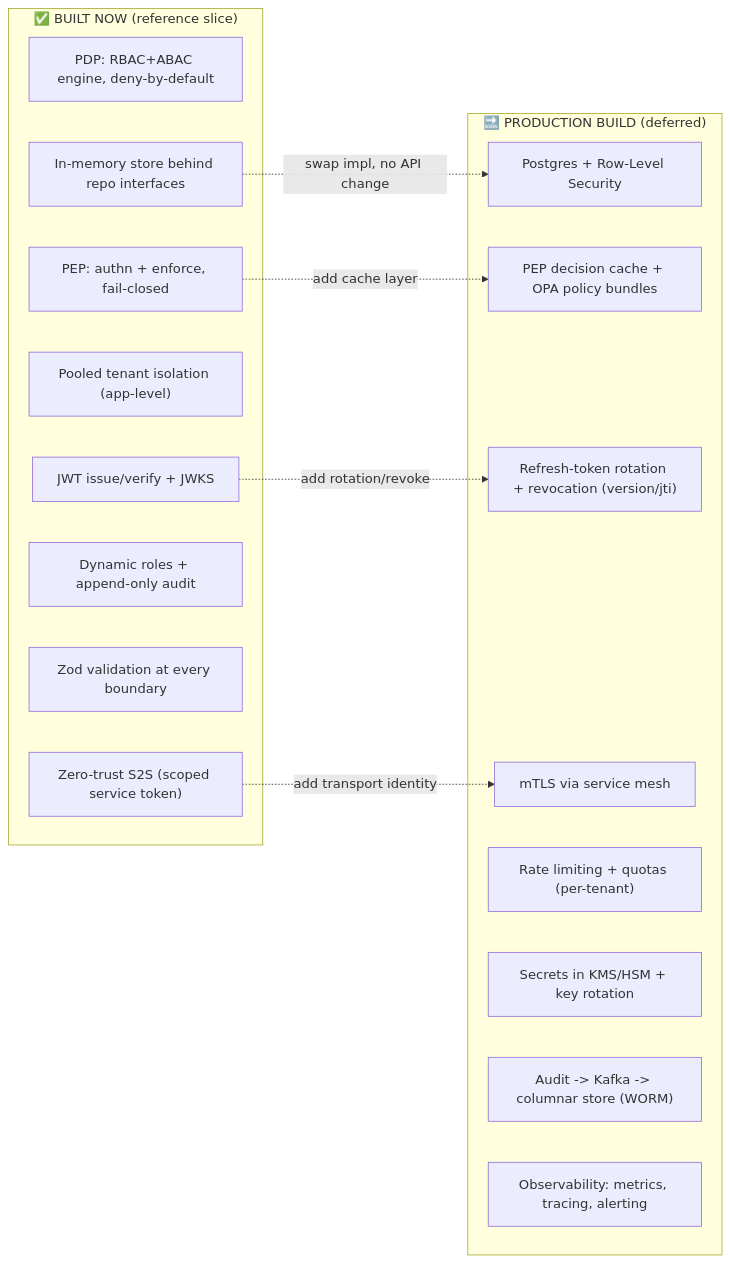
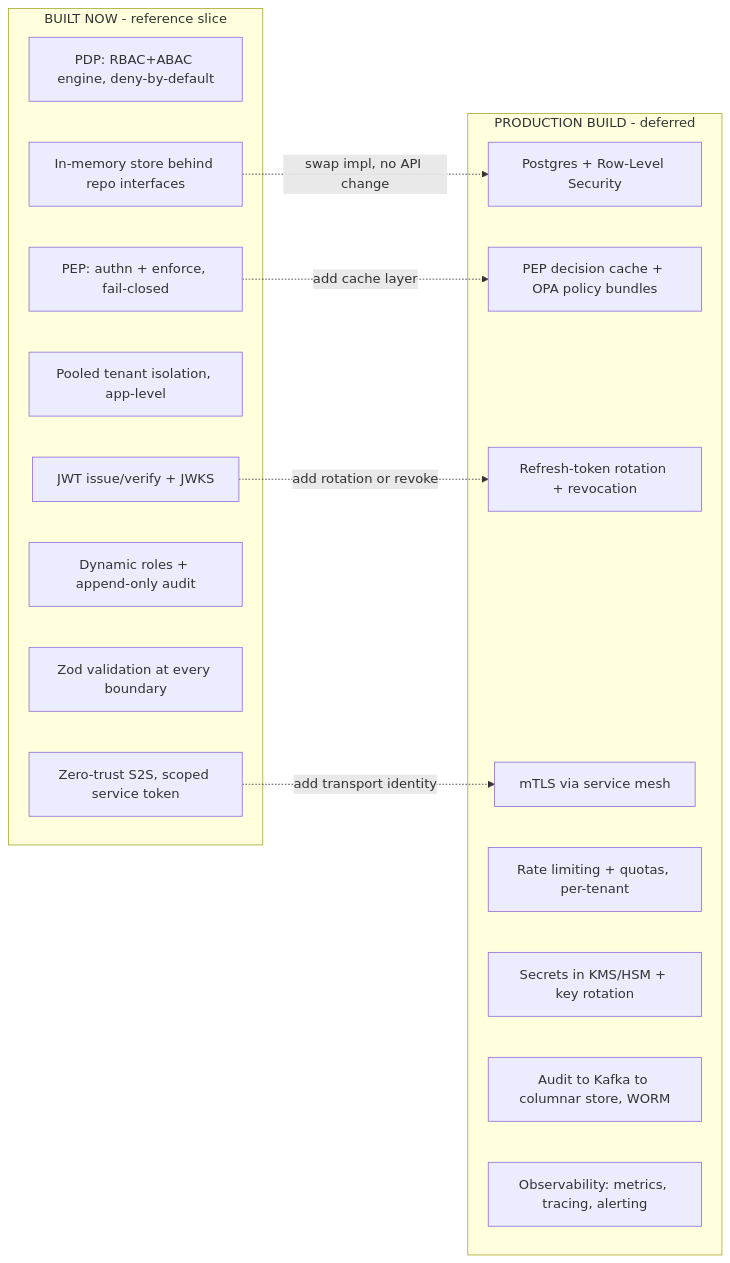
The seventh of 7 diagrams in docs/DESIGN.md (deepansh2908/access-management-system), drawn with Mermaid before and after one commit. The commit also changed other lines of this file and 1 other file, not shown here.

First line of the commit message:
docs: simplify Mermaid diagrams so GitHub renders them

````diff
--- a/docs/DESIGN.md
+++ b/docs/DESIGN.md
@@ -577,27 +579,27 @@
 ```mermaid
 flowchart LR
-  subgraph NOW["✅ BUILT NOW (reference slice)"]
+  subgraph NOW["BUILT NOW - reference slice"]
     n1["PDP: RBAC+ABAC engine, deny-by-default"]
     n2["PEP: authn + enforce, fail-closed"]
     n3["JWT issue/verify + JWKS"]
-    n4["Pooled tenant isolation (app-level)"]
-    n5["Zero-trust S2S (scoped service token)"]
+    n4["Pooled tenant isolation, app-level"]
+    n5["Zero-trust S2S, scoped service token"]
     n6["Dynamic roles + append-only audit"]
     n7["Zod validation at every boundary"]
     n8["In-memory store behind repo interfaces"]
   end
-  subgraph LATER["🔜 PRODUCTION BUILD (deferred)"]
+  subgraph LATER["PRODUCTION BUILD - deferred"]
     l1["Postgres + Row-Level Security"]
     l2["PEP decision cache + OPA policy bundles"]
-    l3["Refresh-token rotation + revocation (version/jti)"]
+    l3["Refresh-token rotation + revocation"]
     l4["mTLS via service mesh"]
-    l5["Rate limiting + quotas (per-tenant)"]
+    l5["Rate limiting + quotas, per-tenant"]
     l6["Secrets in KMS/HSM + key rotation"]
-    l7["Audit -> Kafka -> columnar store (WORM)"]
+    l7["Audit to Kafka to columnar store, WORM"]
     l8["Observability: metrics, tracing, alerting"]
   end
-  n8 -. "swap impl, no API change" .-> l1
-  n2 -. "add cache layer" .-> l2
-  n3 -. "add rotation/revoke" .-> l3
-  n5 -. "add transport identity" .-> l4
+  n8 -.->|"swap impl, no API change"| l1
+  n2 -.->|"add cache layer"| l2
+  n3 -.->|"add rotation or revoke"| l3
+  n5 -.->|"add transport identity"| l4
 ```
````
